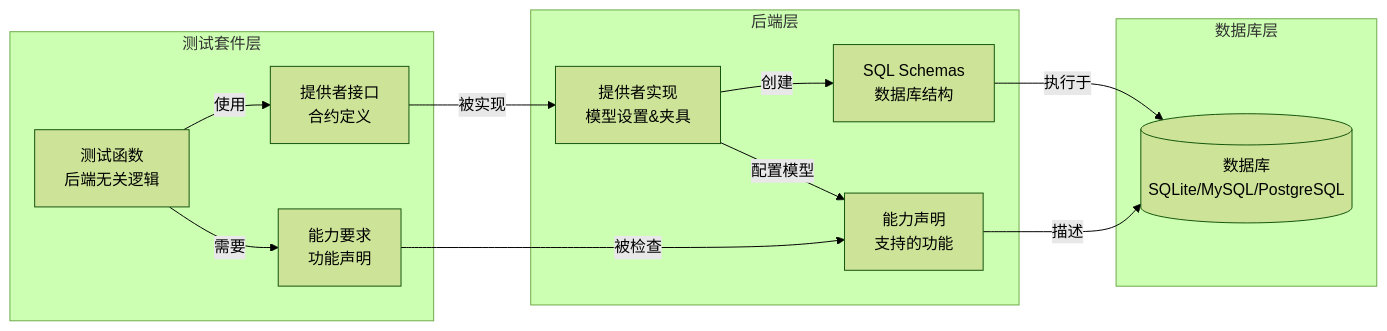
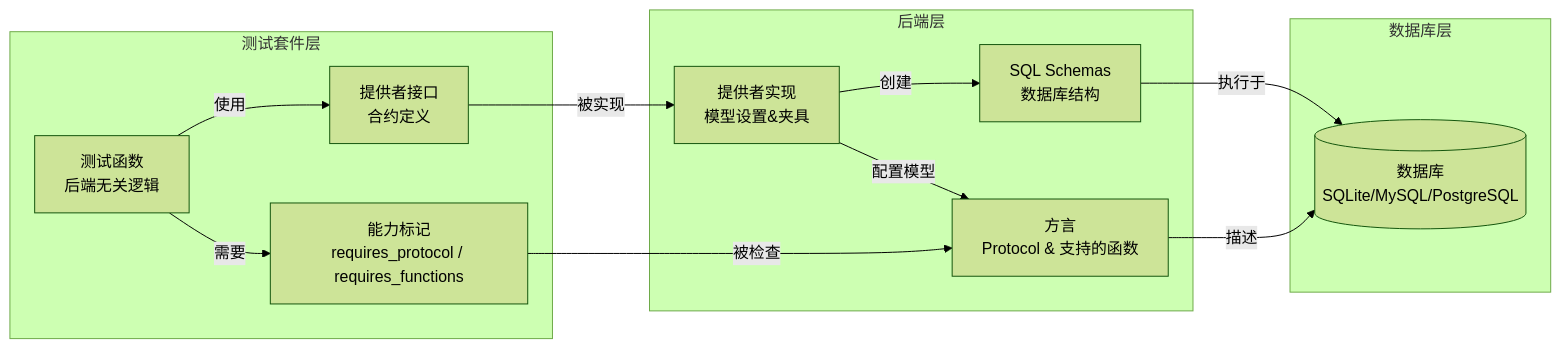
One commit to rhosocial/python-activerecord-testsuite changed the second of 2 diagrams in docs/zh_CN/README.md. Above: the diagram before and after it, drawn with Mermaid (forest theme). The commit also changed other lines of this file and 5 other files, not shown here.

````diff
--- a/docs/zh_CN/README.md
+++ b/docs/zh_CN/README.md
@@ -75,27 +75,27 @@
 ```mermaid
 graph LR
     subgraph "测试套件层"
         TEST[测试函数<br/>后端无关逻辑]
         IFACE[提供者接口<br/>合约定义]
-        CAPS[能力要求<br/>功能声明]
+        CAPS[能力标记<br/>requires_protocol / requires_functions]
     end
     
     subgraph "后端层"
         PROV[提供者实现<br/>模型设置&夹具]
         SCHEMA[SQL Schemas<br/>数据库结构]
-        CAPSDECL[能力声明<br/>支持的功能]
+        DIALECT[方言<br/>Protocol & 支持的函数]
     end
     
     subgraph "数据库层"
         DB[(数据库<br/>SQLite/MySQL/PostgreSQL)]
     end
     
     TEST -->|使用| IFACE
     TEST -->|需要| CAPS
     IFACE -->|被实现| PROV
-    CAPS -->|被检查| CAPSDECL
+    CAPS -->|被检查| DIALECT
     PROV -->|创建| SCHEMA
-    PROV -->|配置模型| CAPSDECL
+    PROV -->|配置模型| DIALECT
     SCHEMA -->|执行于| DB
-    CAPSDECL -->|描述| DB
+    DIALECT -->|描述| DB
 ```
````
